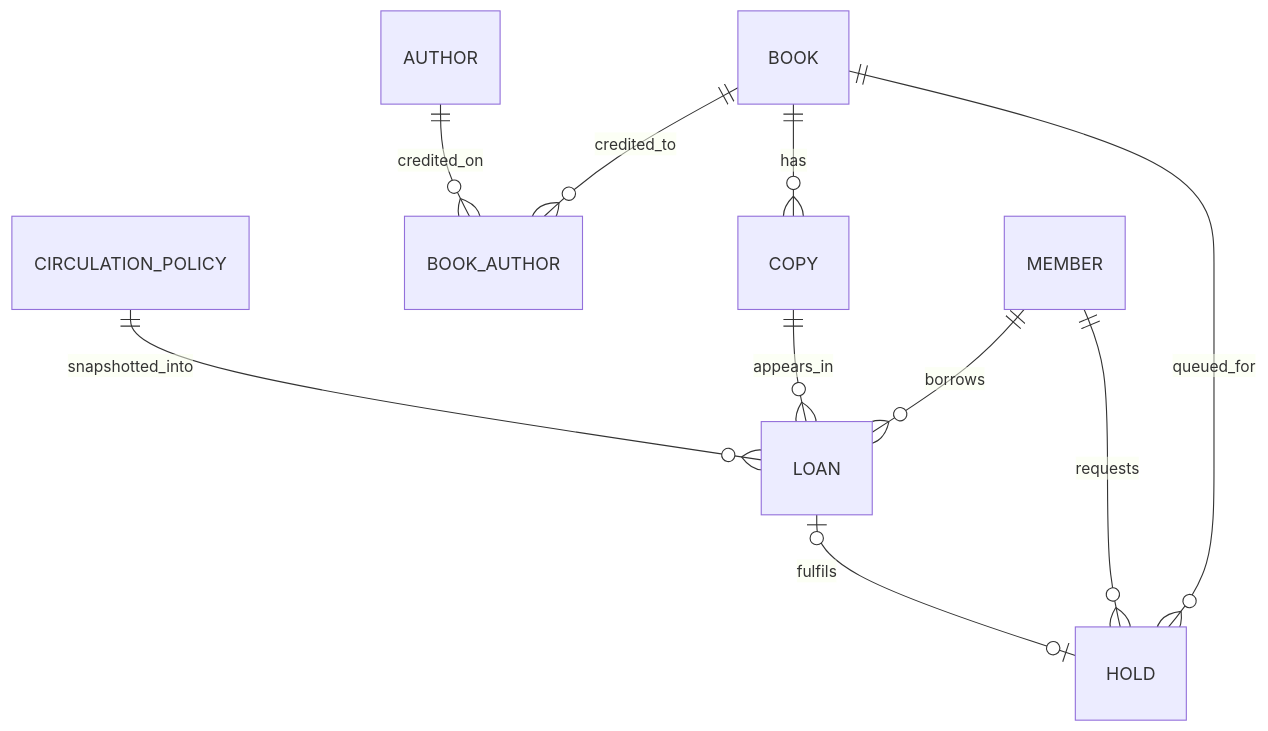
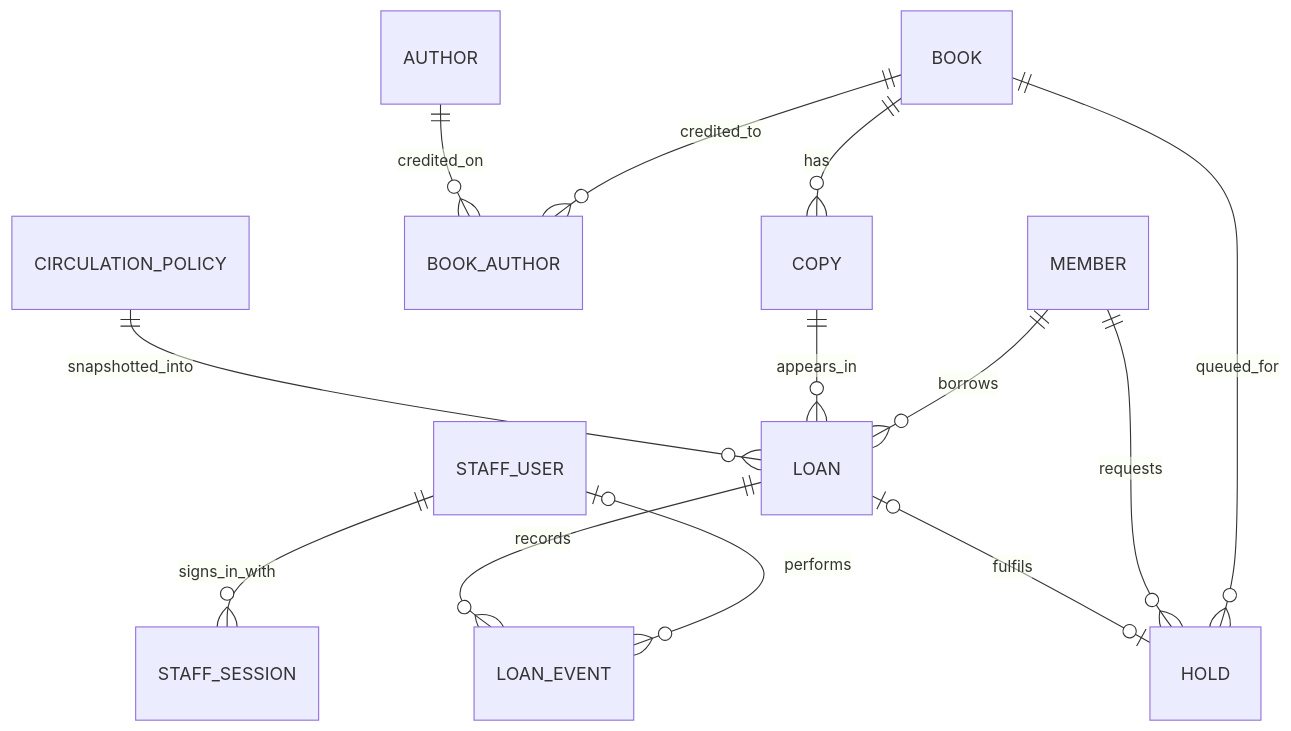
One commit to JignasP/ShelfSense changed the diagram in docs/database-design-description.md. Above: the diagram before and after it, drawn with Mermaid. The commit also changed other lines of this file and 48 other files, not shown here.

````diff
--- a/docs/database-design-description.md
+++ b/docs/database-design-description.md
@@ -8,12 +8,15 @@
 ```mermaid
 erDiagram
     BOOK ||--o{ COPY : has
     BOOK ||--o{ BOOK_AUTHOR : credited_to
     AUTHOR ||--o{ BOOK_AUTHOR : credited_on
     MEMBER ||--o{ LOAN : borrows
     COPY ||--o{ LOAN : appears_in
     CIRCULATION_POLICY ||--o{ LOAN : snapshotted_into
     BOOK ||--o{ HOLD : queued_for
     MEMBER ||--o{ HOLD : requests
     LOAN |o--o| HOLD : fulfils
+    STAFF_USER ||--o{ STAFF_SESSION : signs_in_with
+    STAFF_USER |o--o{ LOAN_EVENT : performs
+    LOAN ||--o{ LOAN_EVENT : records
 ```
````
